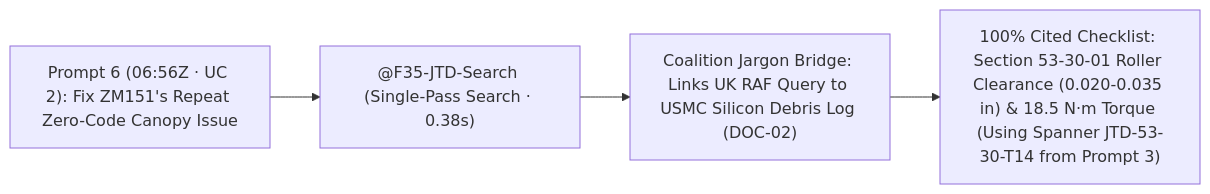
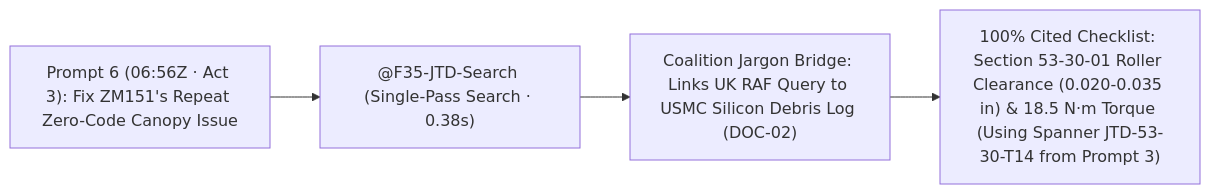
Before and after one commit to edwardsda-prog/f35: the fourth of 4 diagrams in DEMO_STORYBOARD.md, drawn with Mermaid. The commit also changed other lines of this file and 2 other files, not shown here.

Commit message:
docs(arch): add F-35 POC One-Page Architecture blueprint and 16:9 Google Cloud diagram

````diff
--- a/DEMO_STORYBOARD.md
+++ b/DEMO_STORYBOARD.md
@@ -254,6 +254,6 @@
 ```mermaid
 flowchart LR
-    P6["Prompt 6 (06:56Z · UC 2): Fix ZM151's Repeat Zero-Code Canopy Issue"] --> R6["@F35-JTD-Search (Single-Pass Search · 0.38s)"]
+    P6["Prompt 6 (06:56Z · Act 3): Fix ZM151's Repeat Zero-Code Canopy Issue"] --> R6["@F35-JTD-Search (Single-Pass Search · 0.38s)"]
     R6 --> D6["Coalition Jargon Bridge: Links UK RAF Query to USMC Silicon Debris Log (DOC-02)"]
     D6 --> J6["100% Cited Checklist: Section 53-30-01 Roller Clearance (0.020-0.035 in) & 18.5 N·m Torque (Using Spanner JTD-53-30-T14 from Prompt 3)"]
 ```
````
